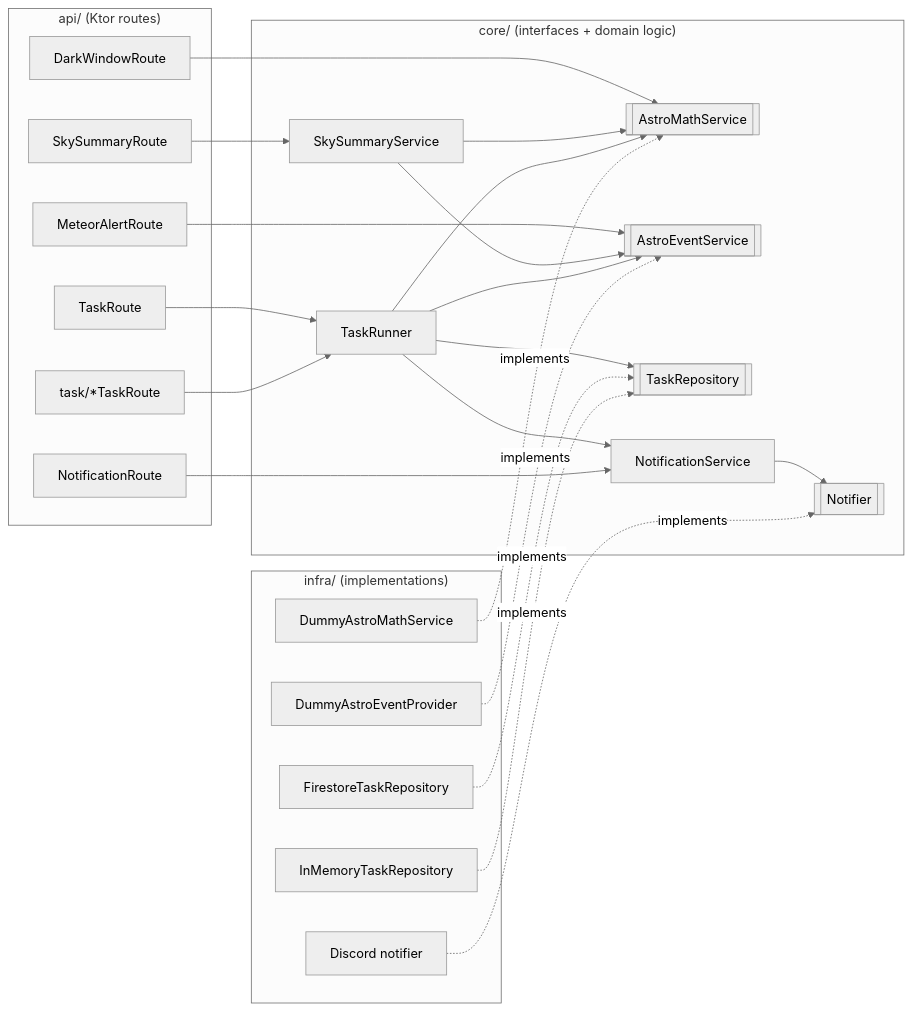
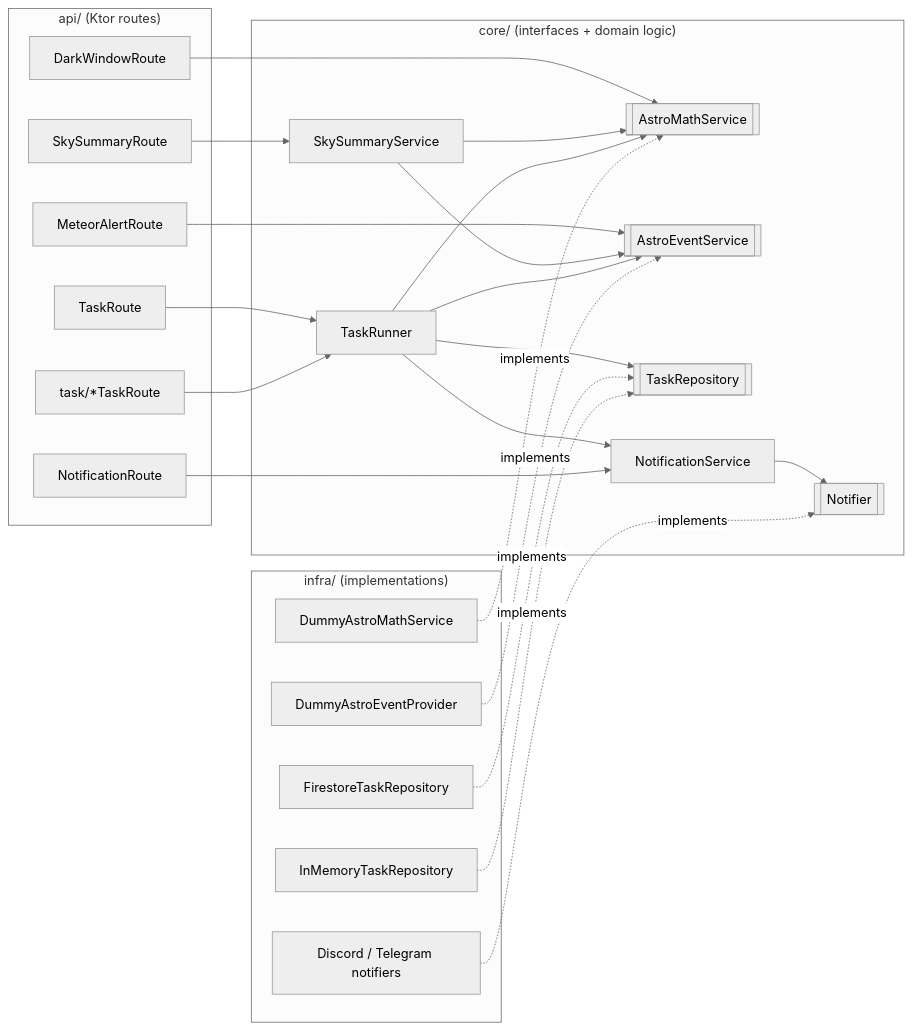
One commit to iOJ0230/astro-task-runner changed the first of 6 diagrams in docs/ARCHITECTURE.md. Above: the diagram before and after it, drawn with Mermaid (neutral theme). The commit also changed other lines of this file and 6 other files, not shown here.

````diff
--- a/docs/ARCHITECTURE.md
+++ b/docs/ARCHITECTURE.md
@@ -53,49 +53,49 @@
 ```mermaid
 flowchart LR
     subgraph api["api/ (Ktor routes)"]
         R1[DarkWindowRoute]
         R2[MeteorAlertRoute]
         R3[SkySummaryRoute]
         R4[TaskRoute]
         R5["task/*TaskRoute"]
         R7[NotificationRoute]
     end
 
     subgraph core["core/ (interfaces + domain logic)"]
         I1[["AstroMathService"]]
         I2[["AstroEventService"]]
         I3[SkySummaryService]
         I4[TaskRunner]
         I5[["TaskRepository"]]
         I8[NotificationService]
         I9[["Notifier"]]
     end
 
     subgraph infra["infra/ (implementations)"]
         D1[DummyAstroMathService]
         D2[DummyAstroEventProvider]
         D3[FirestoreTaskRepository]
         D4[InMemoryTaskRepository]
-        D6["Discord notifier"]
+        D6["Discord / Telegram notifiers"]
     end
 
     R1 --> I1
     R2 --> I2
     R3 --> I3
     R4 --> I4
     R5 --> I4
     I3 --> I1
     I3 --> I2
     I4 --> I5
     I4 --> I1
     I4 --> I2
     I4 --> I8
     R7 --> I8
     I8 --> I9
 
     D1 -.implements.-> I1
     D2 -.implements.-> I2
     D3 -.implements.-> I5
     D4 -.implements.-> I5
     D6 -.implements.-> I9
 ```
````
